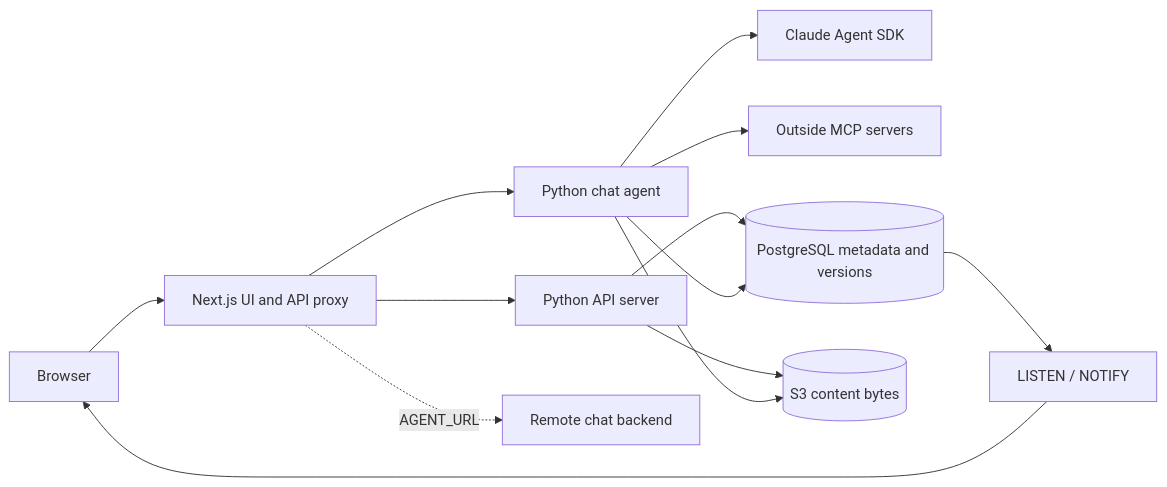
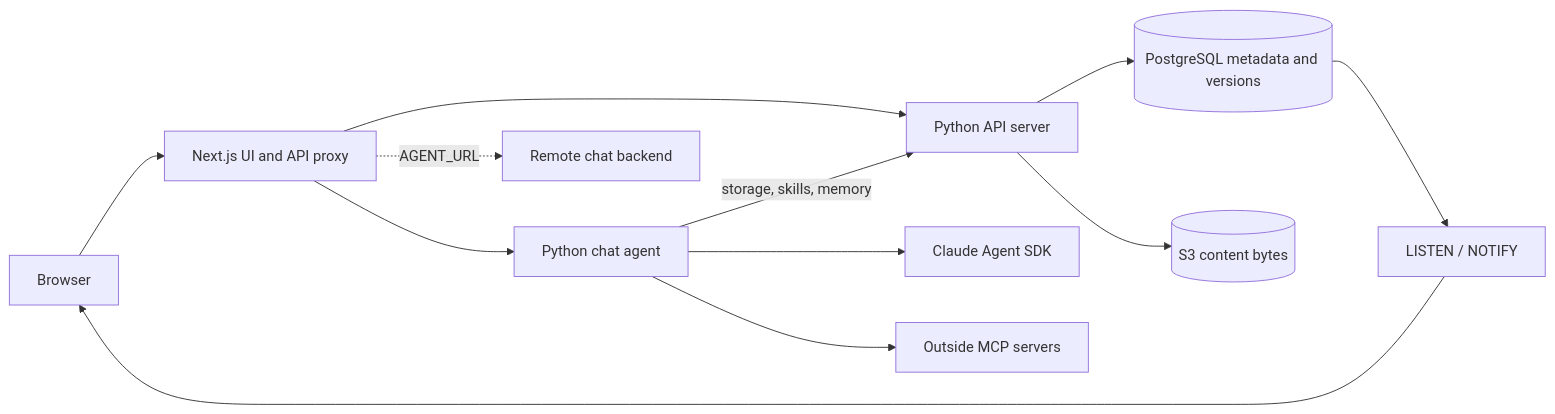
The diagram in docs/architecture.md (dnlintsm/knowledge-chatroom), drawn with Mermaid before and after one commit. The commit also changed other lines of this file and 11 other files, not shown here.

````diff
--- a/docs/architecture.md
+++ b/docs/architecture.md
@@ -16,15 +16,14 @@
 ```mermaid
 flowchart LR
   Browser --> Next[Next.js UI and API proxy]
   Next --> Api[Python API server]
   Next --> Agent[Python chat agent]
   Next -.->|AGENT_URL| Remote[Remote chat backend]
   Agent --> Claude[Claude Agent SDK]
   Agent --> MCP[Outside MCP servers]
+  Agent -->|storage, skills, memory| Api
   Api --> PG[(PostgreSQL metadata and versions)]
   Api --> S3[(S3 content bytes)]
-  Agent --> PG
-  Agent --> S3
   PG --> Events[LISTEN / NOTIFY]
   Events --> Browser
 ```
````
